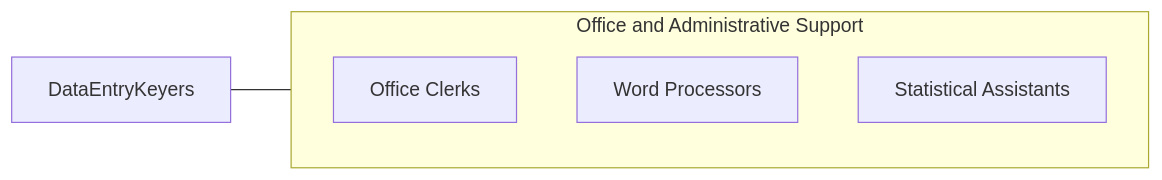
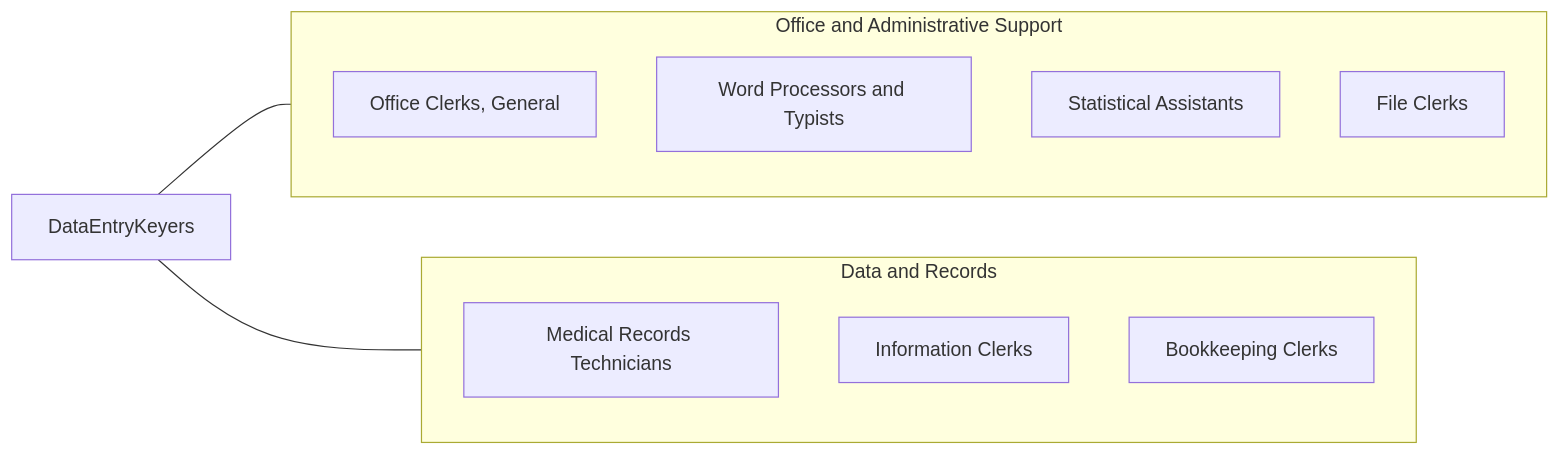
The fourth of 4 diagrams in occupations/Administrative/DataEntryKeyers.mdx (kziemski/business.org.ai), drawn with Mermaid before and after one commit. The commit also changed other lines of this file and 19 other files, not shown here.

````diff
--- a/occupations/Administrative/DataEntryKeyers.mdx
+++ b/occupations/Administrative/DataEntryKeyers.mdx
@@ -106,10 +228,20 @@
 ```mermaid
 graph LR
     Current["DataEntryKeyers"]
+
     subgraph SameCategory["Office and Administrative Support"]
-        OfficeClerks["Office Clerks"]
-        WordProcessors["Word Processors"]
+        OfficeClerks["Office Clerks, General"]
+        WordProcessors["Word Processors and Typists"]
         StatisticalAssistants["Statistical Assistants"]
+        FileClerks["File Clerks"]
     end
+
+    subgraph CrossFunctional["Data and Records"]
+        MedicalRecordsTechs["Medical Records Technicians"]
+        InformationClerks["Information Clerks"]
+        BookkeepingClerks["Bookkeeping Clerks"]
+    end
+
     Current --- SameCategory
+    Current --- CrossFunctional
 ```
````
